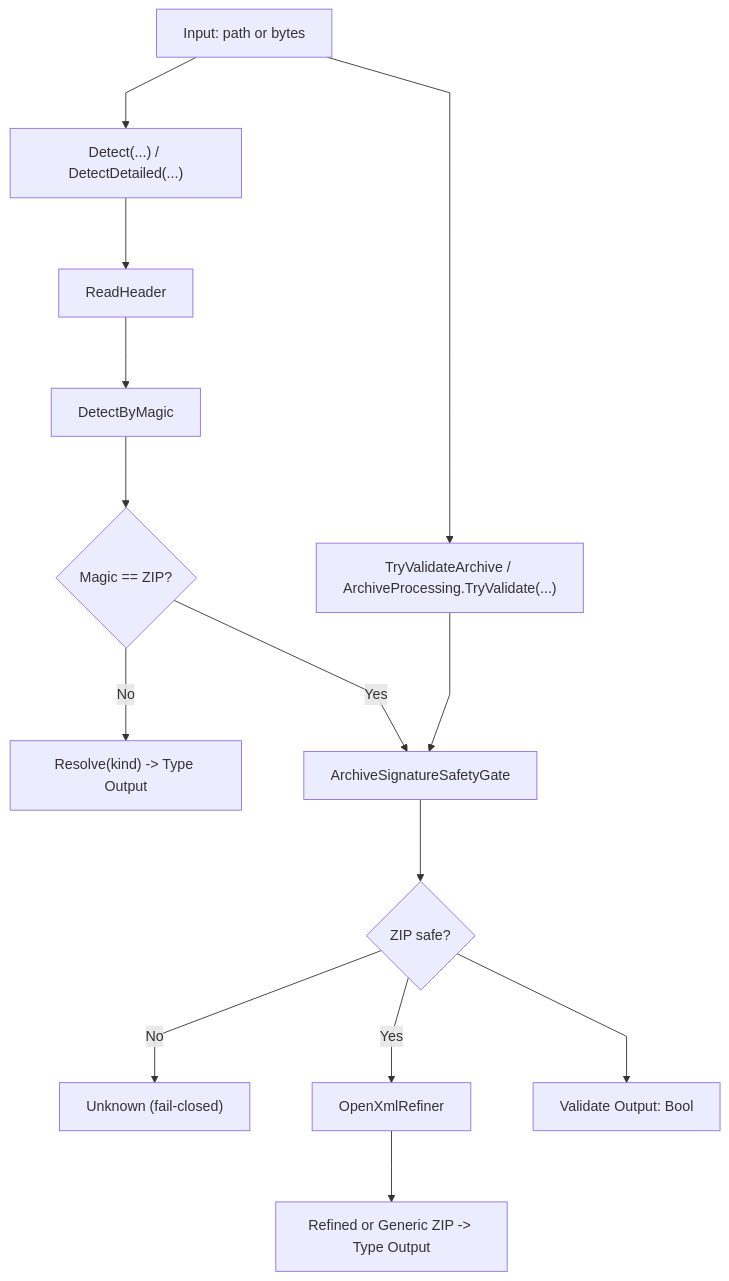
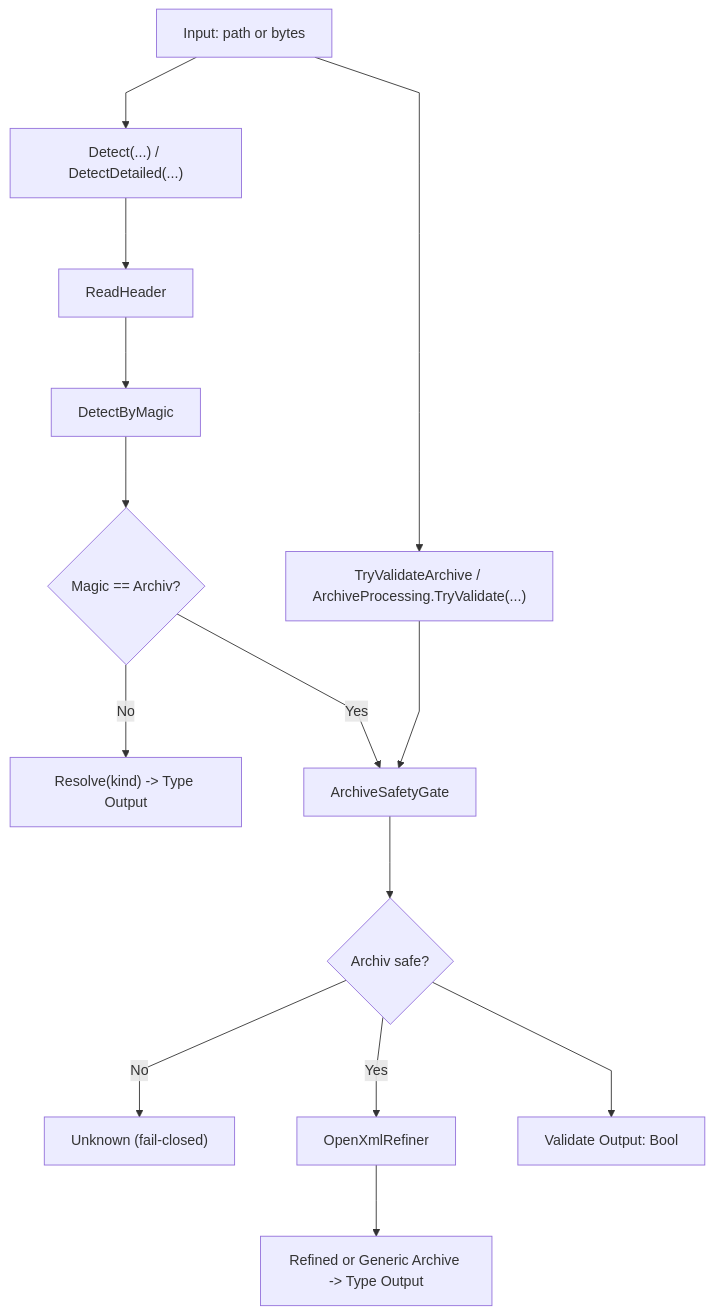
One commit to tomtastisch/FileClassifier changed the third of 9 diagrams in docs/02_ARCHITECTURE_AND_FLOWS.md. Above: the diagram before and after it, drawn with Mermaid. The commit also changed other lines of this file and 10 other files, not shown here.

Commit message:
refactor: konsolidiere archive-entry flow und haerte hash optionen

````diff
--- a/docs/02_ARCHITECTURE_AND_FLOWS.md
+++ b/docs/02_ARCHITECTURE_AND_FLOWS.md
@@ -111,18 +111,18 @@
 ```mermaid
 %%{init: {"flowchart": {"curve": "linear", "nodeSpacing": 70, "rankSpacing": 80}, "themeVariables": {"fontSize": "16px"}}}%%
 flowchart TD
   I1["Input: path or bytes"] --> D1["Detect(...) / DetectDetailed(...)"]
   D1 --> H1["ReadHeader"]
   H1 --> M1["DetectByMagic"]
-  M1 --> Q1{"Magic == ZIP?"}
+  M1 --> Q1{"Magic == Archiv?"}
 
   Q1 -->|"No"| T1["Resolve(kind) -> Type Output"]
-  Q1 -->|"Yes"| G1["ArchiveSignatureSafetyGate"] --> Q2{"ZIP safe?"}
+  Q1 -->|"Yes"| G1["ArchiveSafetyGate"] --> Q2{"Archiv safe?"}
 
   Q2 -->|"No"| U1["Unknown (fail-closed)"]
-  Q2 -->|"Yes"| R1["OpenXmlRefiner"] --> T2["Refined or Generic ZIP -> Type Output"]
+  Q2 -->|"Yes"| R1["OpenXmlRefiner"] --> T2["Refined or Generic Archive -> Type Output"]
 
   I1 --> V1["TryValidateArchive / ArchiveProcessing.TryValidate(...)"]
   V1 --> G1
   Q2 --> V2["Validate Output: Bool"]
 ```
````
